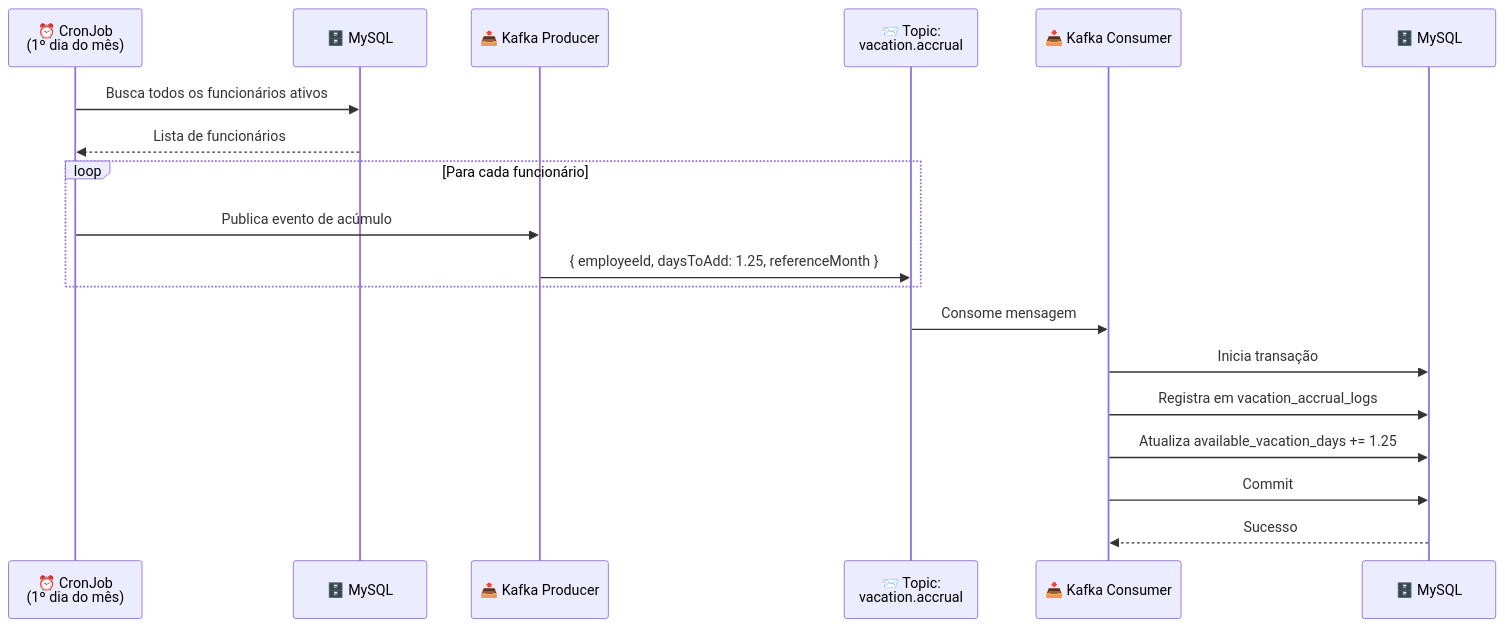
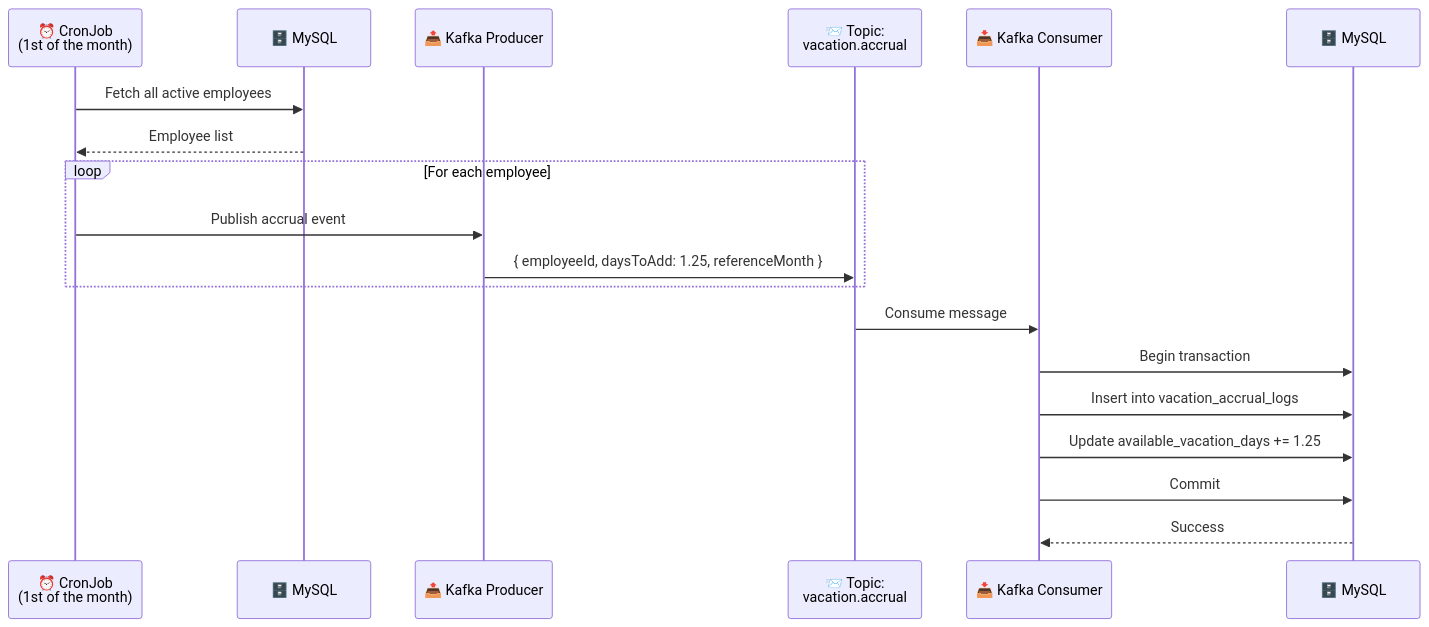
One commit to matheuzsr/nest-kafka-mysql changed the second of 5 diagrams in README.md. Above: the diagram before and after it, drawn with Mermaid. The commit also changed other lines of this file, not shown here.

````diff
--- a/README.md
+++ b/README.md
@@ -105,24 +105,24 @@
 ```mermaid
 sequenceDiagram
-    participant Cron as ⏰ CronJob<br/>(1º dia do mês)
+    participant Cron as ⏰ CronJob<br/>(1st of the month)
     participant DB1 as 🗄️ MySQL
     participant Producer as 📤 Kafka Producer
     participant Topic as 📨 Topic:<br/>vacation.accrual
     participant Consumer as 📥 Kafka Consumer
     participant DB2 as 🗄️ MySQL
 
-    Cron->>DB1: Busca todos os funcionários ativos
-    DB1-->>Cron: Lista de funcionários
+    Cron->>DB1: Fetch all active employees
+    DB1-->>Cron: Employee list
 
-    loop Para cada funcionário
-        Cron->>Producer: Publica evento de acúmulo
+    loop For each employee
+        Cron->>Producer: Publish accrual event
         Producer->>Topic: { employeeId, daysToAdd: 1.25, referenceMonth }
     end
 
-    Topic->>Consumer: Consome mensagem
-    Consumer->>DB2: Inicia transação
-    Consumer->>DB2: Registra em vacation_accrual_logs
-    Consumer->>DB2: Atualiza available_vacation_days += 1.25
+    Topic->>Consumer: Consume message
+    Consumer->>DB2: Begin transaction
+    Consumer->>DB2: Insert into vacation_accrual_logs
+    Consumer->>DB2: Update available_vacation_days += 1.25
     Consumer->>DB2: Commit
-    DB2-->>Consumer: Sucesso
+    DB2-->>Consumer: Success
 ```
````
